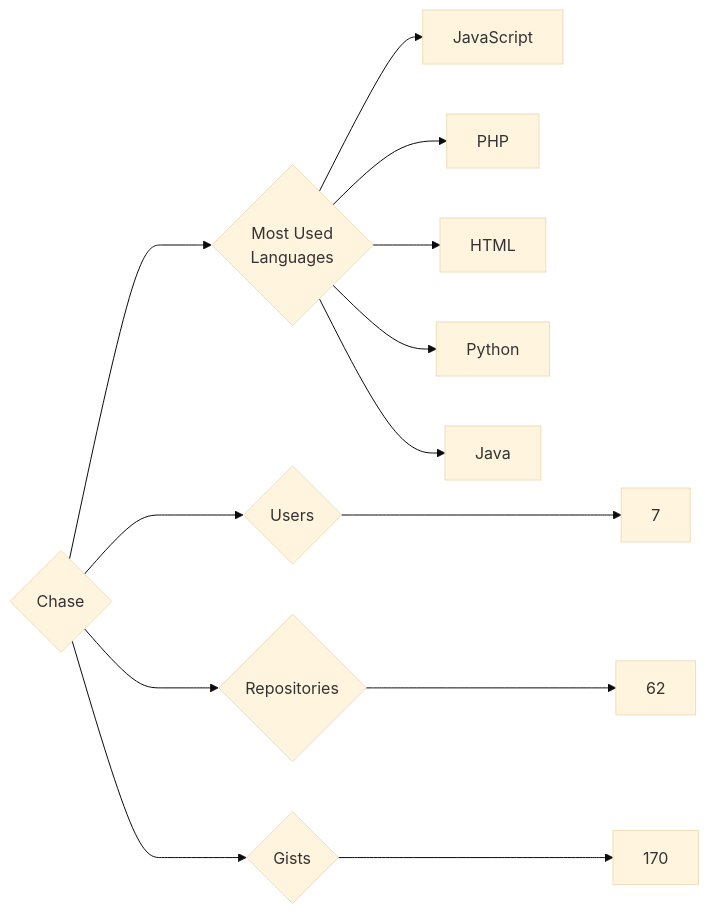
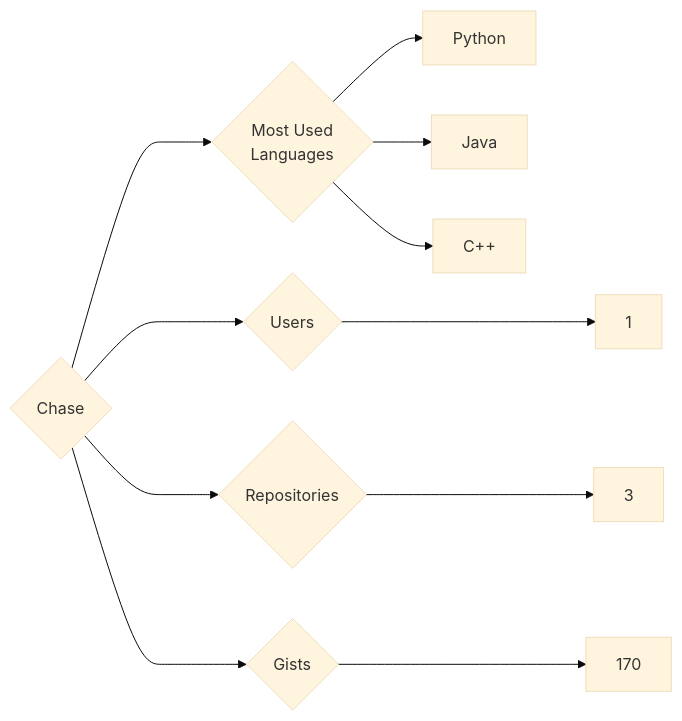
The diagram in targets/Chase/README.md (trickest/insiders), drawn with Mermaid (base theme) before and after one commit. The commit also changed 724 other files, not shown here.

````diff
--- a/targets/Chase/README.md
+++ b/targets/Chase/README.md
@@ -3,13 +3,11 @@
 ```mermaid
 graph LR
 COMPANY_NAME{Chase}
-COMPANY_NAME ---> U{Users} ---> UN[7]
-COMPANY_NAME ---> R{Repositories} ---> RN[62]
+COMPANY_NAME ---> U{Users} ---> UN[1]
+COMPANY_NAME ---> R{Repositories} ---> RN[3]
 COMPANY_NAME ---> G{Gists} ---> GN[170]
 COMPANY_NAME ---> ML{Most Used<br>Languages}
-ML --> JavaScript[JavaScript]
-ML --> PHP[PHP]
-ML --> HTML[HTML]
 ML --> Python[Python]
 ML --> Java[Java]
+ML --> C++[C++]
 ```
````
